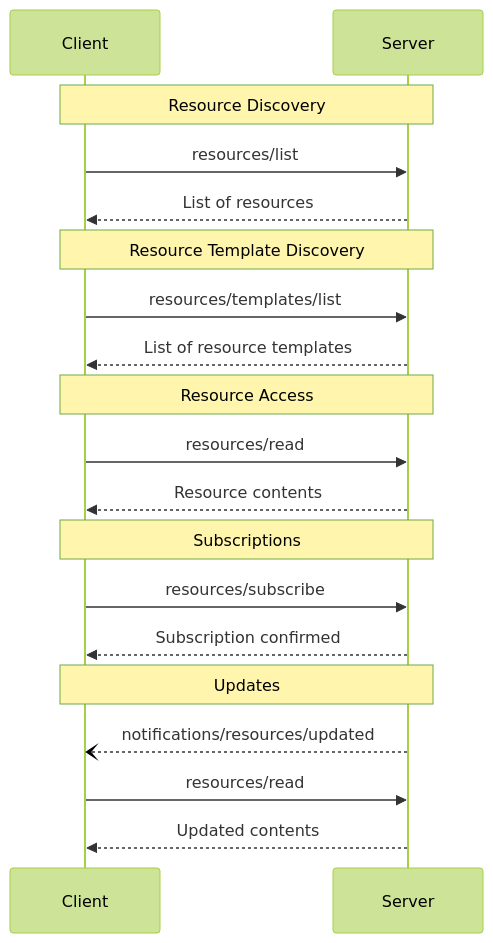
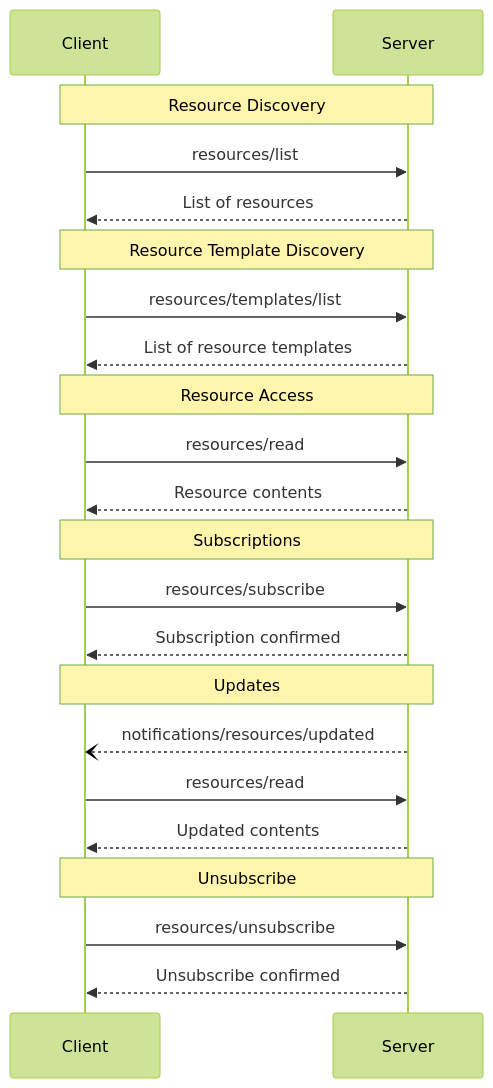
The diagram in docs/specification/draft/server/resources.mdx (modelcontextprotocol/modelcontextprotocol), drawn with Mermaid (forest theme) before and after one commit. The commit also changed other lines of this file and 10 other files, not shown here.

````diff
--- a/docs/specification/draft/server/resources.mdx
+++ b/docs/specification/draft/server/resources.mdx
@@ -260,26 +280,30 @@
 ```mermaid
 sequenceDiagram
     participant Client
     participant Server
 
     Note over Client,Server: Resource Discovery
     Client->>Server: resources/list
     Server-->>Client: List of resources
 
     Note over Client,Server: Resource Template Discovery
     Client->>Server: resources/templates/list
     Server-->>Client: List of resource templates
 
     Note over Client,Server: Resource Access
     Client->>Server: resources/read
     Server-->>Client: Resource contents
 
     Note over Client,Server: Subscriptions
     Client->>Server: resources/subscribe
     Server-->>Client: Subscription confirmed
 
     Note over Client,Server: Updates
     Server--)Client: notifications/resources/updated
     Client->>Server: resources/read
     Server-->>Client: Updated contents
+
+    Note over Client,Server: Unsubscribe
+    Client->>Server: resources/unsubscribe
+    Server-->>Client: Unsubscribe confirmed
 ```
````
